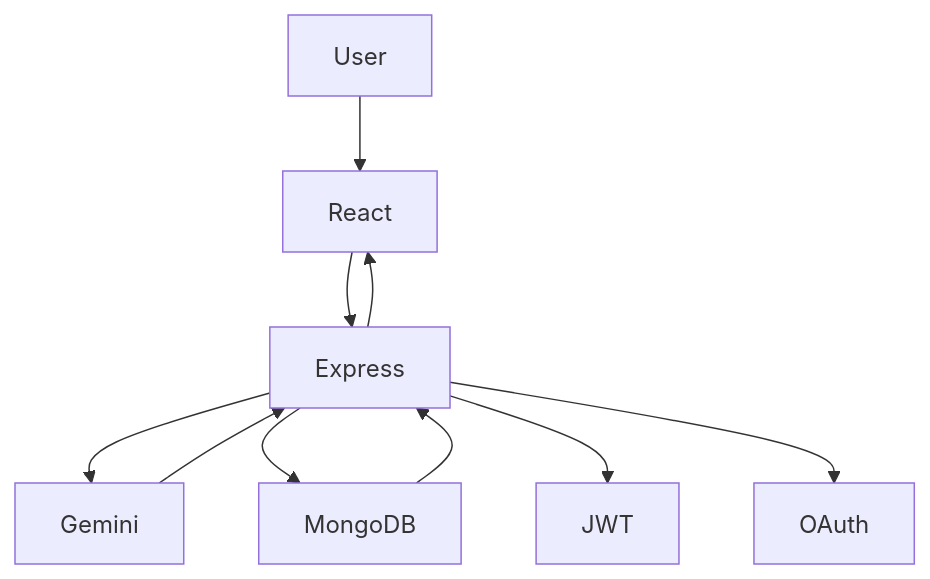
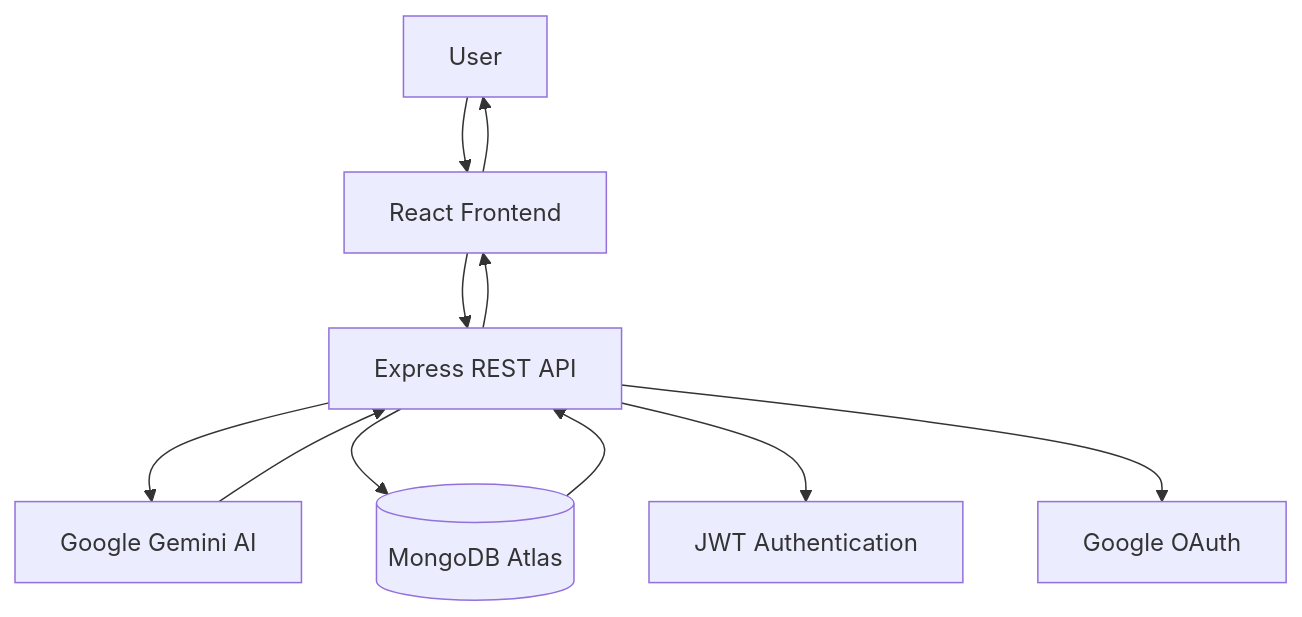
Before and after one commit to Peethambari123/AI-Debate-Arena2: the first of 2 diagrams in README.md, drawn with Mermaid. The commit also changed other lines of this file, not shown here.

````diff
--- a/README.md
+++ b/README.md
@@ -241,21 +236,25 @@
 ```mermaid
 graph TD
 
-User --> React
+A[User]
 
-React --> Express
+A --> B[React Frontend]
 
-Express --> Gemini
+B --> C[Express REST API]
 
-Express --> MongoDB
+C --> D[Google Gemini AI]
 
-Express --> JWT
+C --> E[(MongoDB Atlas)]
 
-Express --> OAuth
+C --> F[JWT Authentication]
 
-MongoDB --> Express
+C --> G[Google OAuth]
 
-Gemini --> Express
+D --> C
 
-Express --> React
+E --> C
+
+C --> B
+
+B --> A
 ```
````
